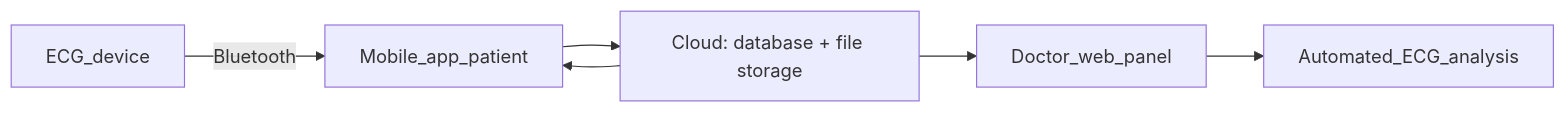
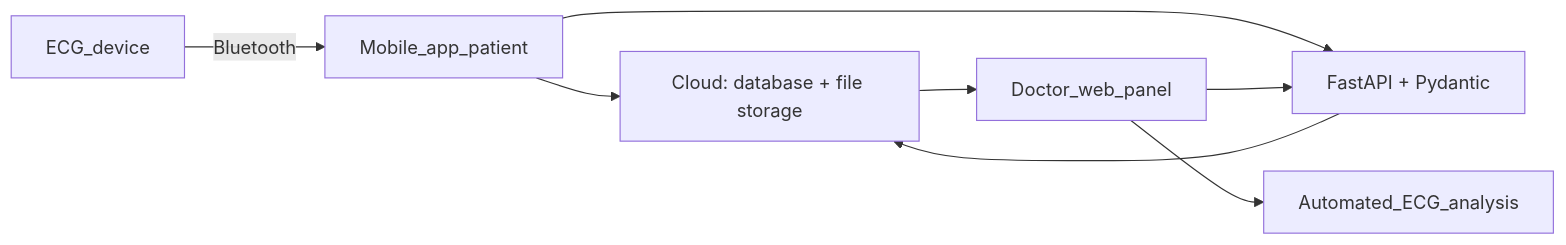
One commit to yunus-emre-mert/Portfolio changed the second of 2 diagrams in projects/2024-2025/medical/cormetry-ecg-platform/README.md. Above: the diagram before and after it, drawn with Mermaid. The commit also changed other lines of this file and 4 other files, not shown here.

````diff
--- a/projects/2024-2025/medical/cormetry-ecg-platform/README.md
+++ b/projects/2024-2025/medical/cormetry-ecg-platform/README.md
@@ -169,8 +179,10 @@
 ```mermaid
 flowchart LR
     device[ECG_device] -->|Bluetooth| mobile[Mobile_app_patient]
     mobile --> cloud["Cloud: database + file storage"]
-    cloud --> mobile
+    mobile --> api["FastAPI + Pydantic"]
+    api --> cloud
     cloud --> web[Doctor_web_panel]
+    web --> api
     web --> analysis[Automated_ECG_analysis]
 ```
````
